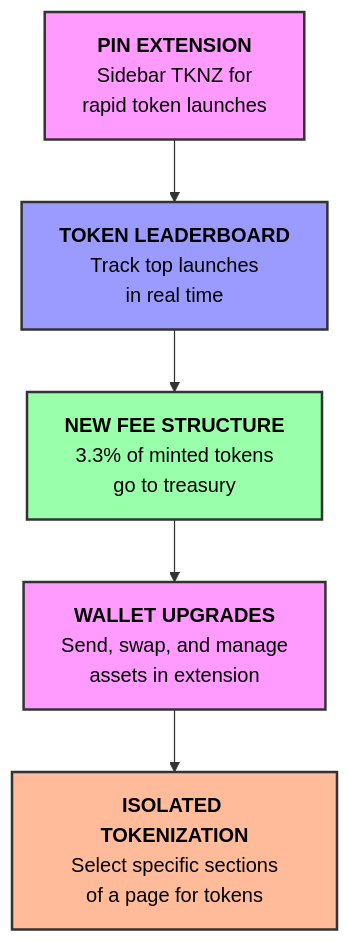
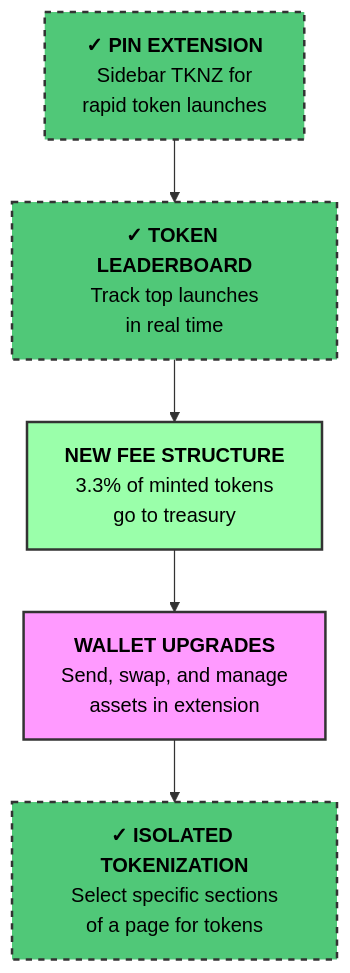
The diagram in roadmap-05-01-2025.md (tokenizedev/tknzv1), drawn with Mermaid before and after one commit. The commit also changed other lines of this file, not shown here.

````diff
--- a/roadmap-05-01-2025.md
+++ b/roadmap-05-01-2025.md
@@ -51,20 +62,21 @@
 ```mermaid
 graph TD;
-    A["<b>PIN EXTENSION</b><br/>Sidebar TKNZ for<br/>rapid token launches"] --> B;
-    B["<b>TOKEN LEADERBOARD</b><br/>Track top launches<br/>in real time"] --> C;
+    A["<b>✓ PIN EXTENSION</b><br/>Sidebar TKNZ for<br/>rapid token launches"] --> B;
+    B["<b>✓ TOKEN LEADERBOARD</b><br/>Track top launches<br/>in real time"] --> C;
     C["<b>NEW FEE STRUCTURE</b><br/>3.3% of minted tokens<br/>go to treasury"] --> D;
     D["<b>WALLET UPGRADES</b><br/>Send, swap, and manage<br/>assets in extension"] --> E;
-    E["<b>ISOLATED TOKENIZATION</b><br/>Select specific sections<br/>of a page for tokens"];
+    E["<b>✓ ISOLATED TOKENIZATION</b><br/>Select specific sections<br/>of a page for tokens"];
     
     classDef pink fill:#ff9aff,stroke:#333,stroke-width:2px,color:black
     classDef blue fill:#9a9aff,stroke:#333,stroke-width:2px,color:black
     classDef green fill:#9affaa,stroke:#333,stroke-width:2px,color:black
     classDef purple fill:#ff9aff,stroke:#333,stroke-width:2px,color:black
     classDef orange fill:#ffbb9a,stroke:#333,stroke-width:2px,color:black
+    classDef completed fill:#50C878,stroke:#333,stroke-width:2px,color:black,stroke-dasharray: 5 5
     
-    class A pink;
-    class B blue;
+    class A completed;
+    class B completed;
     class C green;
     class D purple;
-    class E orange;
+    class E completed;
 ```
````
